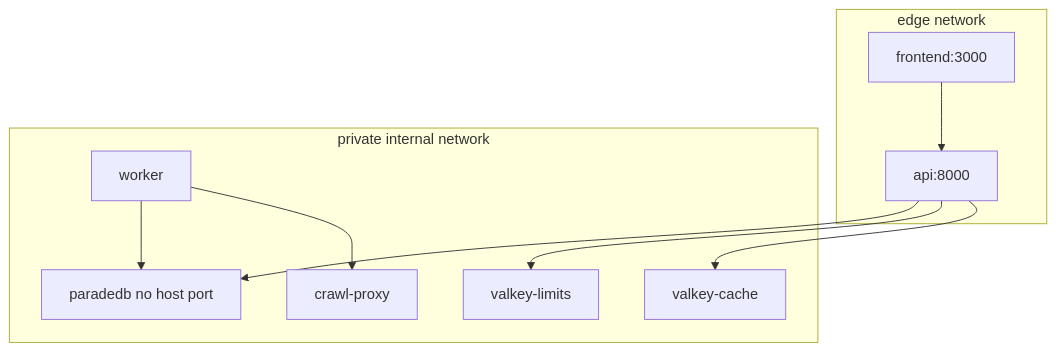
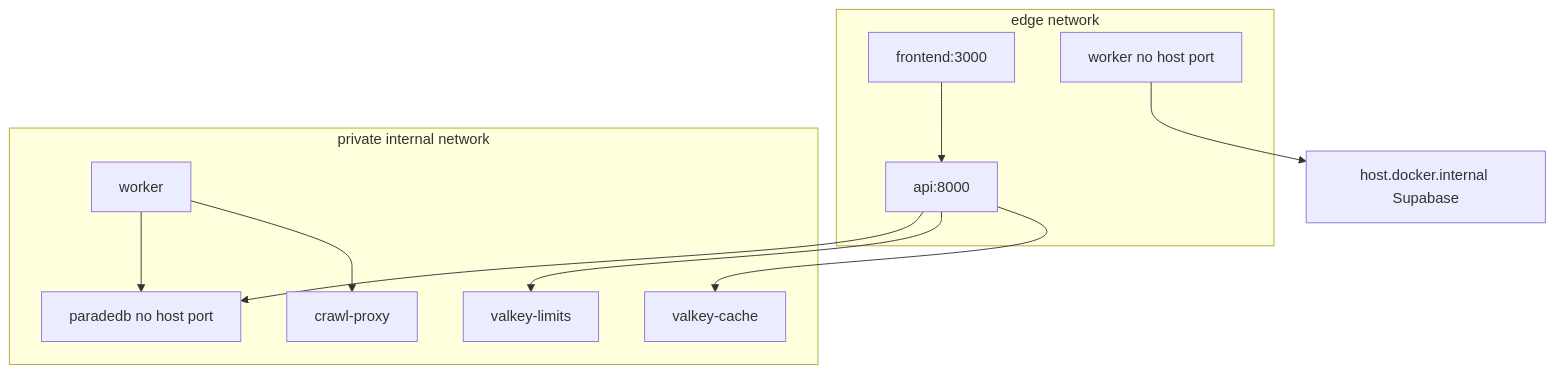
The diagram in docs/architecture/02-containers.md (Nagdy8888/smart-rag), drawn with Mermaid before and after one commit. The commit also changed other lines of this file and 25 other files, not shown here.

````diff
--- a/docs/architecture/02-containers.md
+++ b/docs/architecture/02-containers.md
@@ -13,20 +13,22 @@
 ```mermaid
 flowchart TB
   subgraph edge ["edge network"]
     fe["frontend:3000"]
     api["api:8000"]
+    workerEdge["worker no host port"]
   end
   subgraph private ["private internal network"]
     pdb["paradedb no host port"]
     vl["valkey-limits"]
     vc["valkey-cache"]
     cp["crawl-proxy"]
-    worker["worker"]
+    workerPriv["worker"]
   end
   fe --> api
   api --> pdb
   api --> vl
   api --> vc
-  worker --> pdb
-  worker --> cp
+  workerPriv --> pdb
+  workerPriv --> cp
+  workerEdge --> hostDb["host.docker.internal Supabase"]
 ```
````
